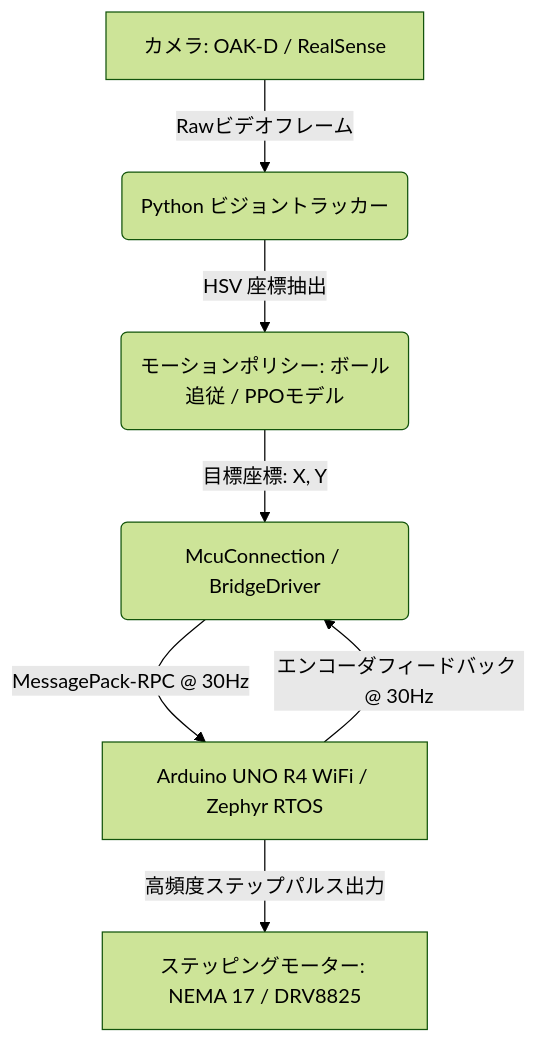
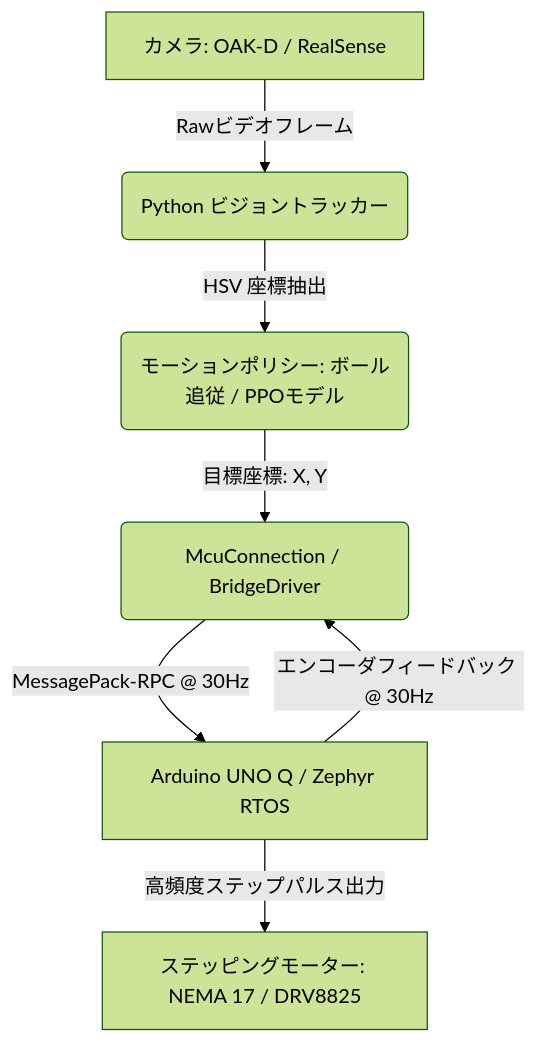
The diagram in README_ja.md (motty-mio2/roboklask), drawn with Mermaid (forest theme) before and after one commit. The commit also changed other lines of this file, not shown here.

````diff
--- a/README_ja.md
+++ b/README_ja.md
@@ -40,9 +40,9 @@
 ```mermaid
 graph TD
     A[カメラ: OAK-D / RealSense] -->|Rawビデオフレーム| B(Python ビジョントラッカー)
     B -->|HSV 座標抽出| C(モーションポリシー: ボール追従 / PPOモデル)
     C -->|目標座標: X, Y| D(McuConnection / BridgeDriver)
-    D -->|MessagePack-RPC @ 30Hz| E[Arduino UNO R4 WiFi / Zephyr RTOS]
+    D -->|MessagePack-RPC @ 30Hz| E[Arduino UNO Q / Zephyr RTOS]
     E -->|高頻度ステップパルス出力| F[ステッピングモーター: NEMA 17 / DRV8825]
     E -->|エンコーダフィードバック @ 30Hz| D
 ```
````
